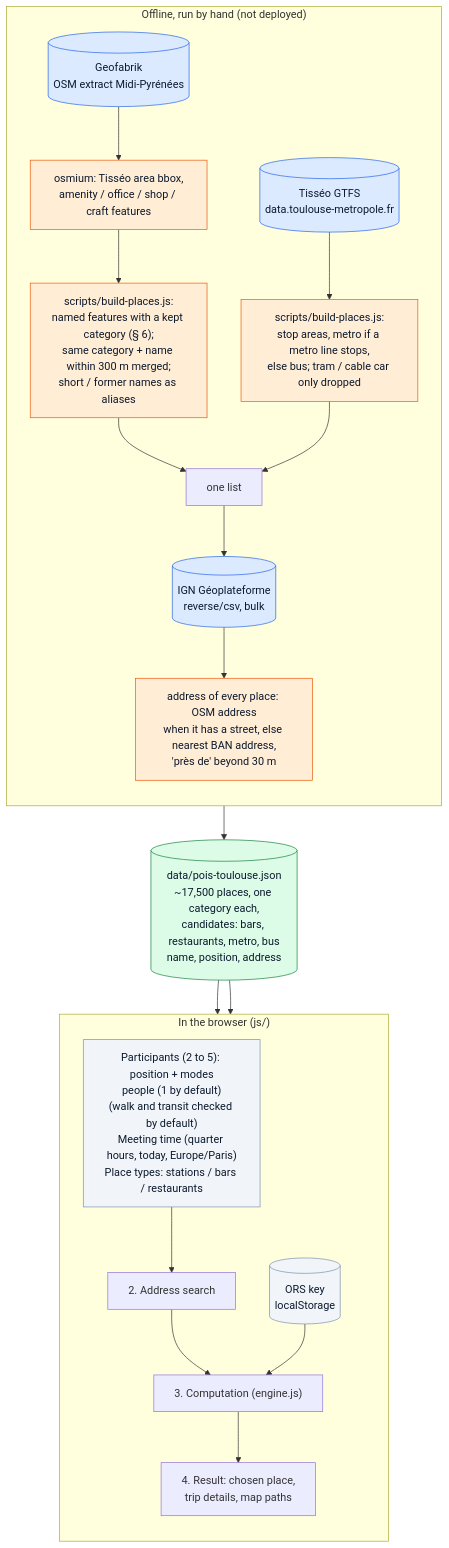
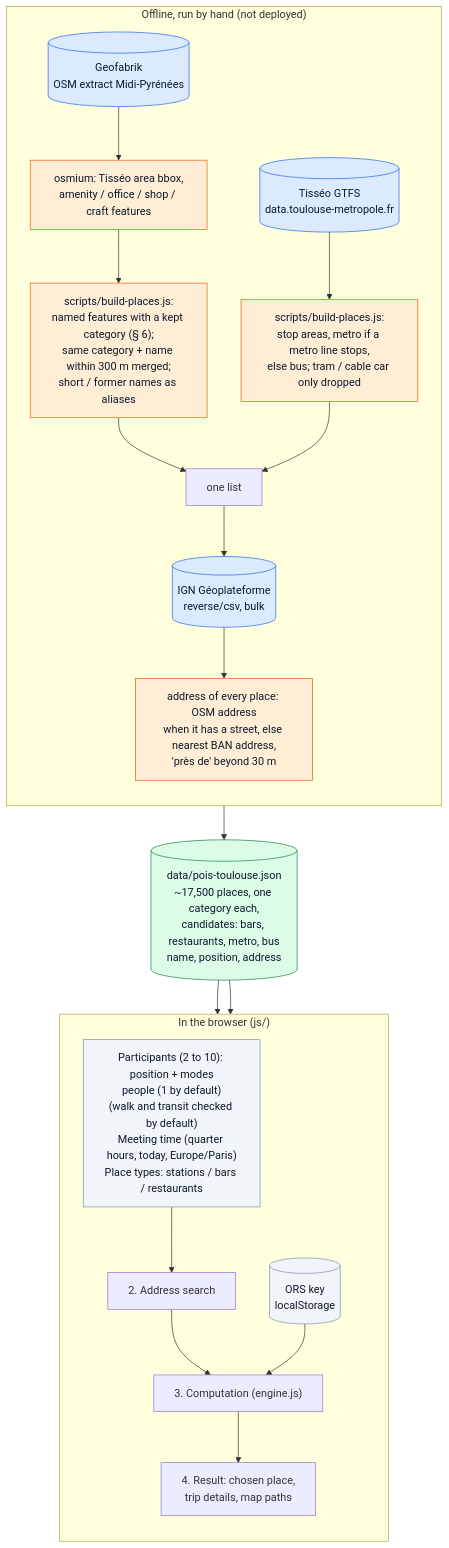
Before and after one commit to NicolasGresset/rendez-vous: the first of 4 diagrams in docs/pipeline.md, drawn with Mermaid. The commit also changed other lines of this file and 9 other files, not shown here.

````diff
--- a/docs/pipeline.md
+++ b/docs/pipeline.md
@@ -47,39 +47,39 @@
 ```mermaid
 flowchart TB
     classDef api fill:#DBEAFE,stroke:#2563EB,color:#0C1A2E
     classDef local fill:#DCFCE7,stroke:#15803D,color:#0C1A2E
     classDef algo fill:#FFEDD5,stroke:#EA580C,color:#0C1A2E
     classDef user fill:#F1F5F9,stroke:#7A90AA,color:#0C1A2E
 
     subgraph OFFLINE["Offline, run by hand (not deployed)"]
         direction TB
         GEOFABRIK[("Geofabrik<br/>OSM extract Midi-Pyrénées")]:::api
         OSMIUM["osmium: Tisséo area bbox,<br/>amenity / office / shop / craft features"]:::algo
         OSMPLACES["scripts/build-places.js:<br/>named features with a kept category (§ 6);<br/>same category + name within 300 m merged;<br/>short / former names as aliases"]:::algo
         GTFS[("Tisséo GTFS<br/>data.toulouse-metropole.fr")]:::api
         STOPS["scripts/build-places.js:<br/>stop areas, metro if a metro line stops,<br/>else bus; tram / cable car only dropped"]:::algo
         REVCSV[("IGN Géoplateforme<br/>reverse/csv, bulk")]:::api
         ADDR["address of every place: OSM address<br/>when it has a street, else nearest BAN address,<br/>'près de' beyond 30 m"]:::algo
         GEOFABRIK --> OSMIUM --> OSMPLACES
         GTFS --> STOPS
         OSMPLACES --> MERGE["one list"]
         STOPS --> MERGE
         MERGE --> REVCSV --> ADDR
     end
 
     ADDR --> DATA[("data/pois-toulouse.json<br/>~17,500 places, one category each,<br/>candidates: bars, restaurants, metro, bus<br/>name, position, address")]:::local
 
     subgraph BROWSER["In the browser (js/)"]
         direction TB
         KEY[("ORS key<br/>localStorage")]:::user
-        INPUT["Participants (2 to 5): position + modes<br/>people (1 by default)<br/>(walk and transit checked by default)<br/>Meeting time (quarter hours, today, Europe/Paris)<br/>Place types: stations / bars / restaurants"]:::user
+        INPUT["Participants (2 to 10): position + modes<br/>people (1 by default)<br/>(walk and transit checked by default)<br/>Meeting time (quarter hours, today, Europe/Paris)<br/>Place types: stations / bars / restaurants"]:::user
         SEARCH["2. Address search"]
         ENGINE["3. Computation (engine.js)"]
         RESULT["4. Result: chosen place,<br/>trip details, map paths"]
         INPUT --> SEARCH --> ENGINE --> RESULT
         KEY --> ENGINE
     end
 
     DATA --> SEARCH
     DATA --> ENGINE
 ```
````
